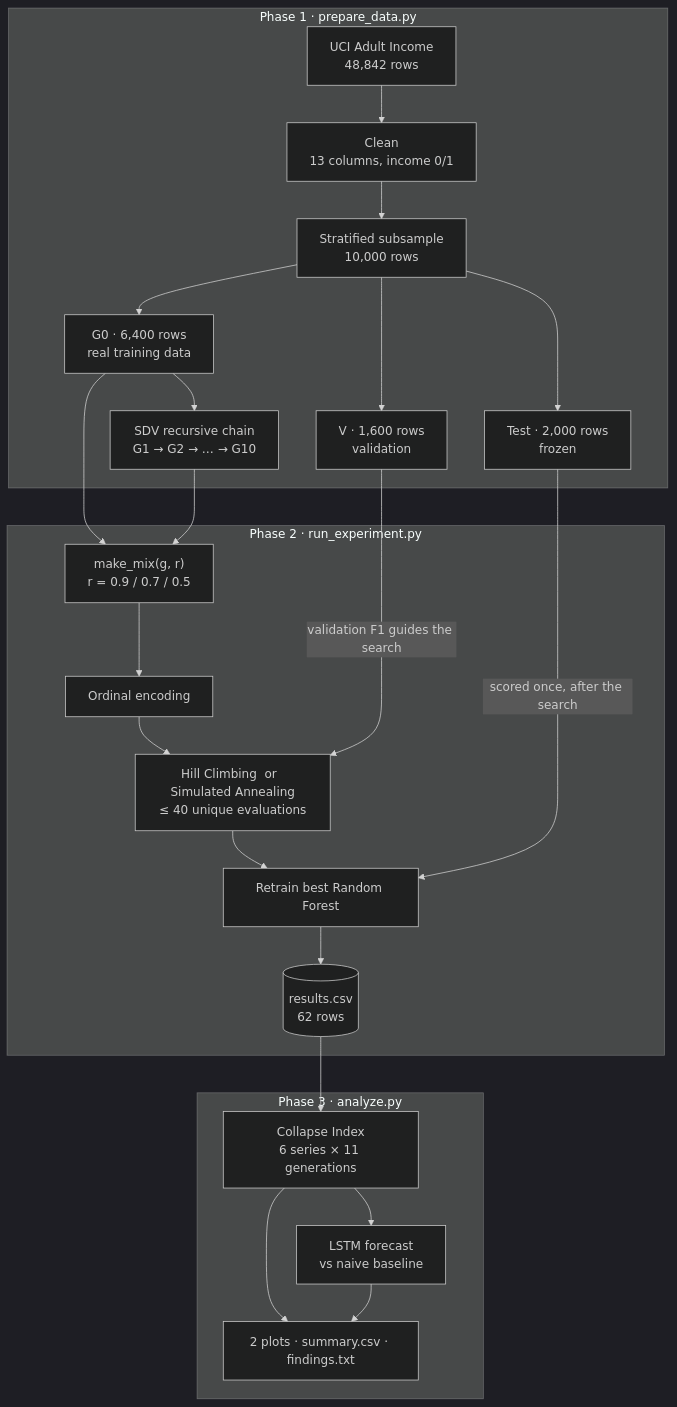
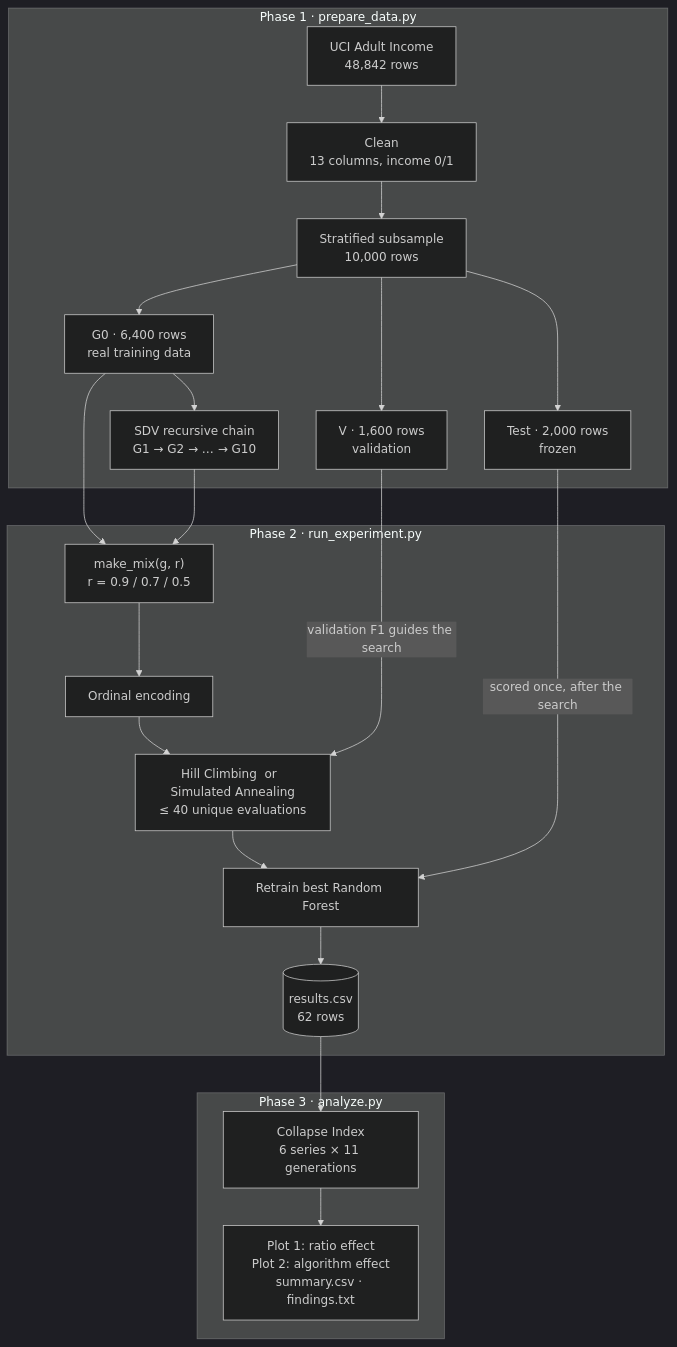
Before and after one commit to Ramprasath-0103/blackmirror: the first of 2 diagrams in README.md, drawn with Mermaid (dark theme). The commit also changed other lines of this file and 12 other files, not shown here.

````diff
--- a/README.md
+++ b/README.md
@@ -211,30 +261,28 @@
 ```mermaid
 flowchart TD
     subgraph P1["Phase 1 · prepare_data.py"]
         A["UCI Adult Income<br/>48,842 rows"] --> B["Clean<br/>13 columns, income 0/1"]
         B --> C["Stratified subsample<br/>10,000 rows"]
         C --> T["Test · 2,000 rows<br/>frozen"]
         C --> V["V · 1,600 rows<br/>validation"]
         C --> G0["G0 · 6,400 rows<br/>real training data"]
         G0 --> S["SDV recursive chain<br/>G1 → G2 → … → G10"]
     end
 
     subgraph P2["Phase 2 · run_experiment.py"]
         M["make_mix(g, r)<br/>r = 0.9 / 0.7 / 0.5"] --> E["Ordinal encoding"]
         E --> H["Hill Climbing  or  Simulated Annealing<br/>≤ 40 unique evaluations"]
         H --> R["Retrain best Random Forest"]
         R --> CSV[("results.csv<br/>62 rows")]
     end
 
     subgraph P3["Phase 3 · analyze.py"]
-        CI["Collapse Index<br/>6 series × 11 generations"] --> L["LSTM forecast<br/>vs naive baseline"]
-        CI --> O["2 plots · summary.csv · findings.txt"]
-        L --> O
+        CI["Collapse Index<br/>6 series × 11 generations"] --> O["Plot 1: ratio effect<br/>Plot 2: algorithm effect<br/>summary.csv · findings.txt"]
     end
 
     G0 --> M
     S --> M
     V -- "validation F1 guides the search" --> H
     T -- "scored once, after the search" --> R
     CSV --> CI
 ```
````
